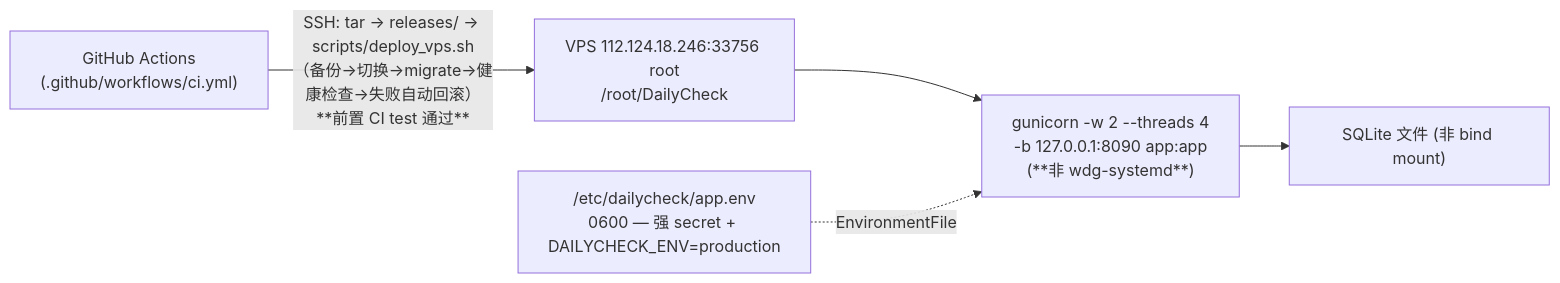
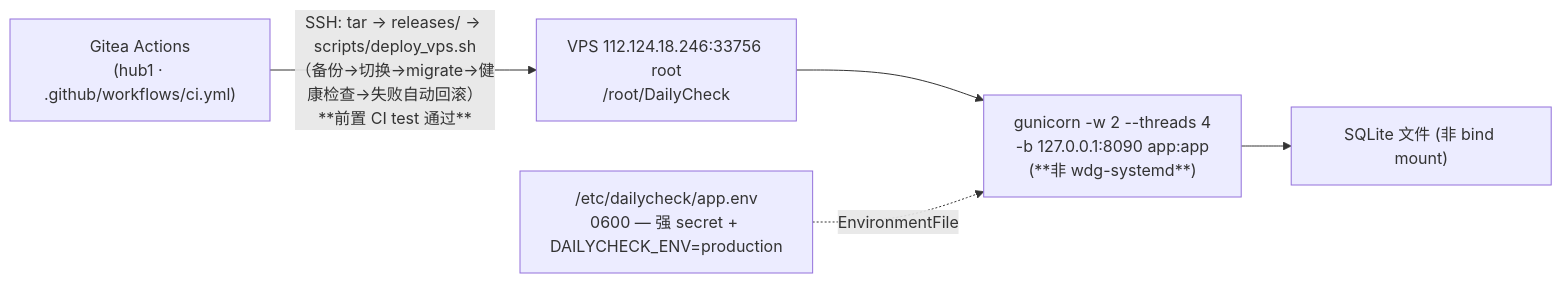
Before and after one commit to DUIDUI-Studio/DailyCheck: the third of 18 diagrams in docs/ARCHITECTURE.md, drawn with Mermaid. The commit also changed other lines of this file and 24 other files, not shown here.

First line of the commit message:
chore(gitea): 全链路迁移到自托管 Gitea——修掉 4 处仍在指向 GitHub 的活口

````diff
--- a/docs/ARCHITECTURE.md
+++ b/docs/ARCHITECTURE.md
@@ -128,13 +128,13 @@
 ```mermaid
 flowchart LR
-    GitHub["GitHub Actions<br/>(.github/workflows/ci.yml)"]
+    Gitea["Gitea Actions<br/>(hub1 · .github/workflows/ci.yml)"]
     VPS["VPS 112.124.18.246:33756 root<br/>/root/DailyCheck"]
     Gunicorn["gunicorn -w 2 --threads 4<br/>-b 127.0.0.1:8090 app:app<br/>(**非 wdg-systemd**)"]
     SQLite["SQLite 文件 (非 bind mount)"]
     Secrets["/etc/dailycheck/app.env<br/>0600 — 强 secret + DAILYCHECK_ENV=production"]
 
-    GitHub -->|SSH: tar → releases/ → scripts/deploy_vps.sh<br/>（备份→切换→migrate→健康检查→失败自动回滚）<br/>**前置 CI test 通过**| VPS
+    Gitea -->|SSH: tar → releases/ → scripts/deploy_vps.sh<br/>（备份→切换→migrate→健康检查→失败自动回滚）<br/>**前置 CI test 通过**| VPS
     VPS --> Gunicorn
     Gunicorn --> SQLite
     Secrets -.->|EnvironmentFile| Gunicorn
 ```
````
